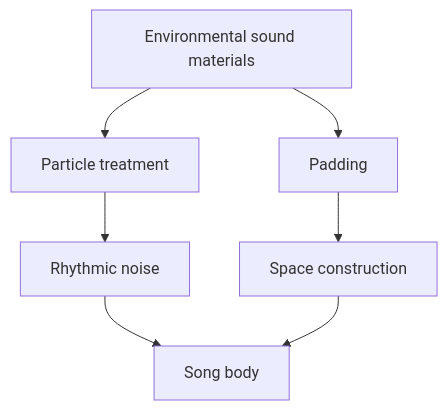
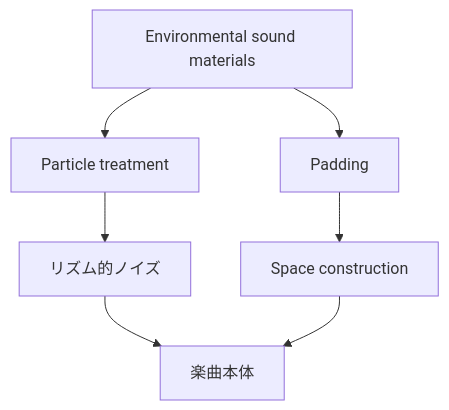
The second of 2 diagrams in en/_posts/2025-12-12-column-post-dubstep-experimental-bass.md (monumental-movement/monumental-movement.github.io), drawn with Mermaid before and after one commit. The commit also changed other lines of this file and 1012 other files, not shown here.

```diff
--- a/en/_posts/2025-12-12-column-post-dubstep-experimental-bass.md
+++ b/en/_posts/2025-12-12-column-post-dubstep-experimental-bass.md
@@ -193,9 +193,9 @@
 <div class="mermaid">
 flowchart TD
     A["Environmental sound materials"] --> B["Particle treatment"]
     B["Particle treatment"] --> C["Rhythmic noise"]
     A["Environmental sound materials"] --> D["Padding"]
     D["Padding"] --> E["Space construction"]
-    C["Rhythmic noise"] --> F["Song body"]
-    E["Space construction"] --> F["Song body"]
+    C["リズム的ノイズ"] --> F["Song body"]
+    E["Space construction"] --> F["楽曲本体"]
 </div>
```
